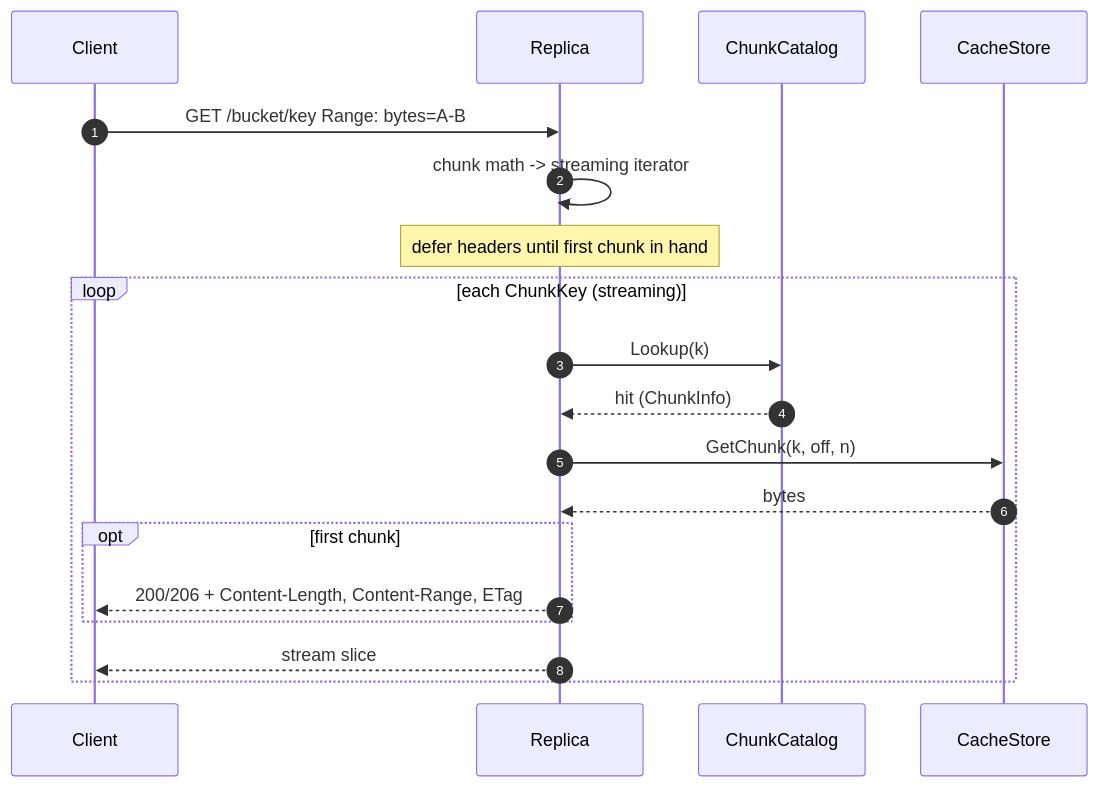
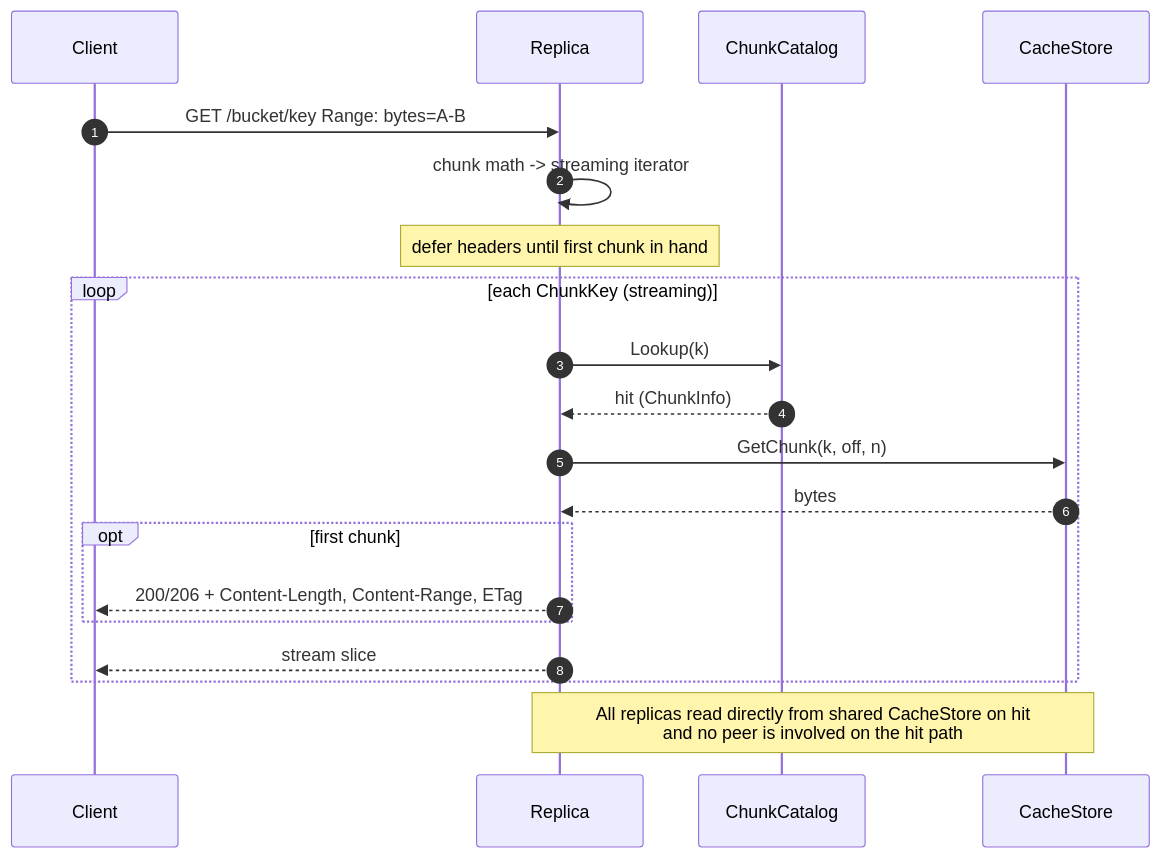
The third of 11 diagrams in designdocs/origincache/design.md (Azure/unbounded), drawn with Mermaid before and after one commit. The commit also changed other lines of this file, not shown here.

````diff
--- a/designdocs/origincache/design.md
+++ b/designdocs/origincache/design.md
@@ -216,21 +314,22 @@
 ```mermaid
 sequenceDiagram
     autonumber
     participant C as Client
     participant R as Replica
     participant Cat as ChunkCatalog
     participant CS as CacheStore
     C->>R: GET /bucket/key Range: bytes=A-B
     R->>R: chunk math -> streaming iterator
     Note over R: defer headers until first chunk in hand
     loop each ChunkKey (streaming)
         R->>Cat: Lookup(k)
         Cat-->>R: hit (ChunkInfo)
         R->>CS: GetChunk(k, off, n)
         CS-->>R: bytes
         opt first chunk
             R-->>C: 200/206 + Content-Length, Content-Range, ETag
         end
         R-->>C: stream slice
     end
+    Note over R,CS: All replicas read directly from shared CacheStore on hit<br/>and no peer is involved on the hit path
 ```
````
